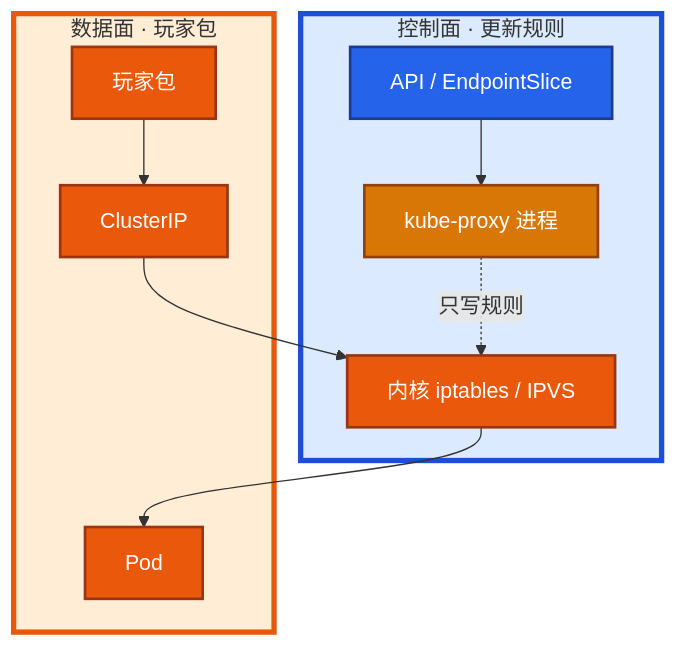
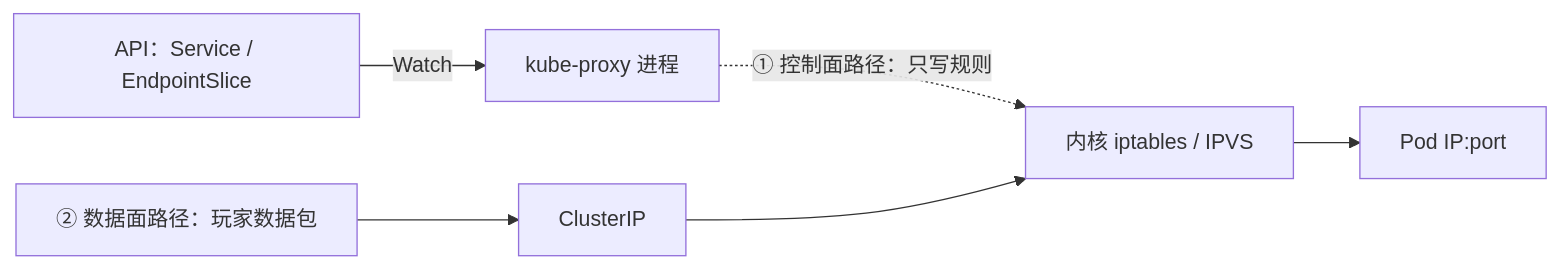
The second of 4 diagrams in 03-Kubernetes/01-集群架构/练习题.md (ml-cuizijun/LearnToLilith), drawn with Mermaid before and after one commit. The commit also changed other lines of this file and 470 other files, not shown here.

````diff
--- a/03-Kubernetes/01-集群架构/练习题.md
+++ b/03-Kubernetes/01-集群架构/练习题.md
@@ -267,20 +233,7 @@
 ```mermaid
-flowchart TB
-    subgraph control ["控制面 · 更新规则"]
-        api[API / EndpointSlice] --> kp[kube-proxy 进程]
-        kp -.->|只写规则| fw
-    end
-    subgraph data ["数据面 · 玩家包"]
-        player[玩家包] --> cip[ClusterIP]
-        cip --> fw[内核 iptables / IPVS]
-        fw --> pod[Pod]
-    end
-    classDef net fill:#EA580C,stroke:#9A3412,stroke-width:2px,color:#fff
-    classDef kp fill:#D97706,stroke:#92400E,stroke-width:2px,color:#fff
-    classDef api fill:#2563EB,stroke:#1E3A8A,stroke-width:2px,color:#fff
-    class api api
-    class kp kp
-    class player,cip,fw,pod net
-    style control fill:#DBEAFE,stroke:#1D4ED8,stroke-width:4px
-    style data fill:#FFEDD5,stroke:#EA580C,stroke-width:4px
+flowchart LR
+    api["API：Service / EndpointSlice"] -->|Watch| kp["kube-proxy 进程"]
+    kp -.->|"① 控制面路径：只写规则"| fw["内核 iptables / IPVS"]
+    player["② 数据面路径：玩家数据包"] --> cip["ClusterIP"] --> fw
+    fw --> pod["Pod IP:port"]
 ```
````
